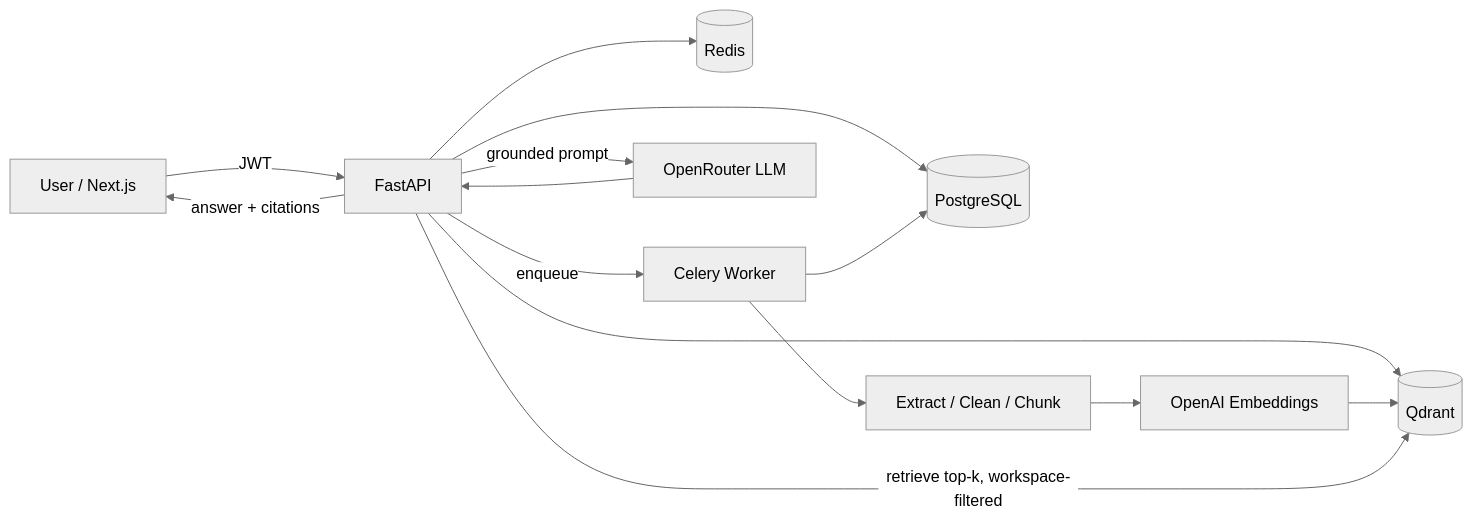
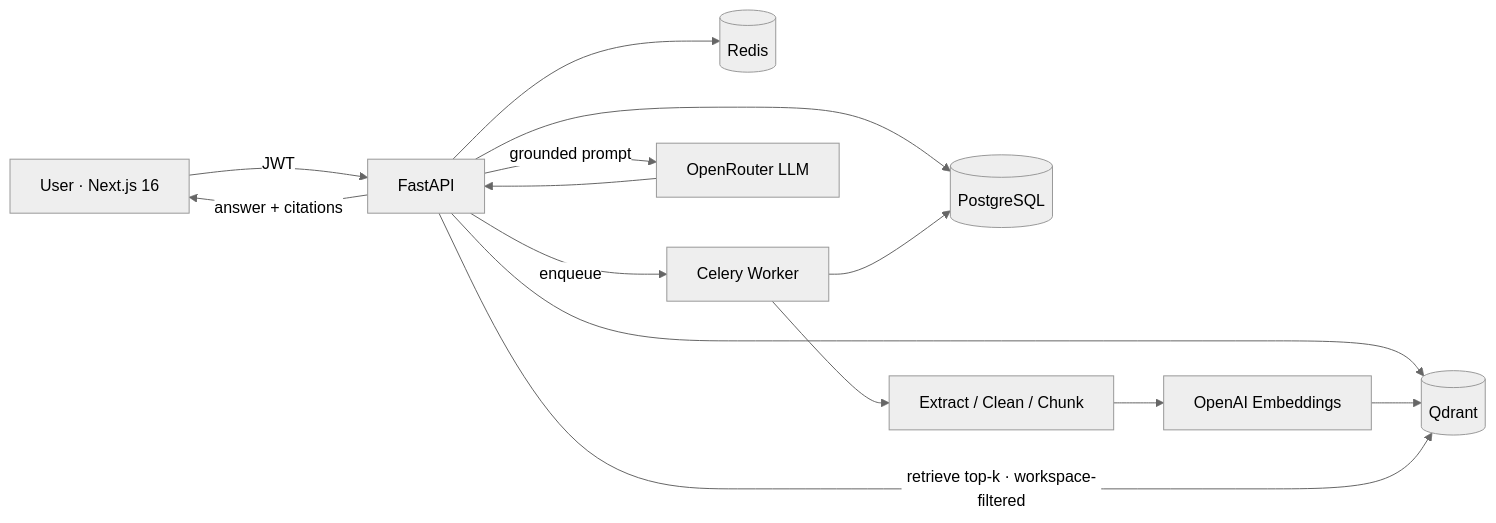
One commit to sanmaxdev/doc-007-ai changed the diagram in README.md. Above: the diagram before and after it, drawn with Mermaid (neutral theme). The commit also changed other lines of this file and 5 other files, not shown here.

````diff
--- a/README.md
+++ b/README.md
@@ -47,16 +52,16 @@
 ```mermaid
 flowchart LR
-  U[User / Next.js] -->|JWT| API[FastAPI]
+  U[User · Next.js 16] -->|JWT| API[FastAPI]
   API --> PG[(PostgreSQL)]
   API --> RDS[(Redis)]
   API --> Q[(Qdrant)]
   API -->|enqueue| W[Celery Worker]
   W --> EX[Extract / Clean / Chunk]
   EX --> EMB[OpenAI Embeddings]
   EMB --> Q
   W --> PG
-  API -->|retrieve top-k, workspace-filtered| Q
+  API -->|retrieve top-k · workspace-filtered| Q
   API -->|grounded prompt| LLM[OpenRouter LLM]
   LLM --> API
   API -->|answer + citations| U
 ```
````
